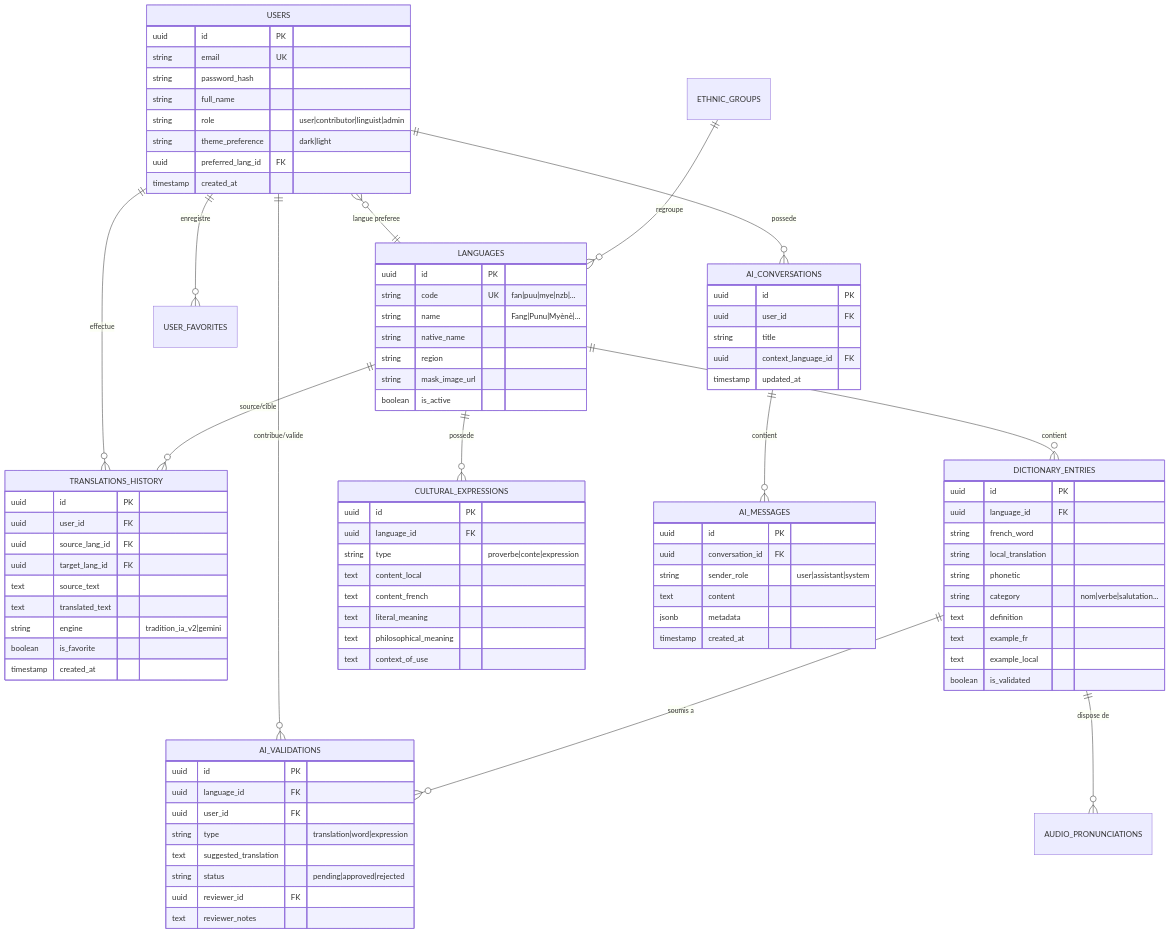
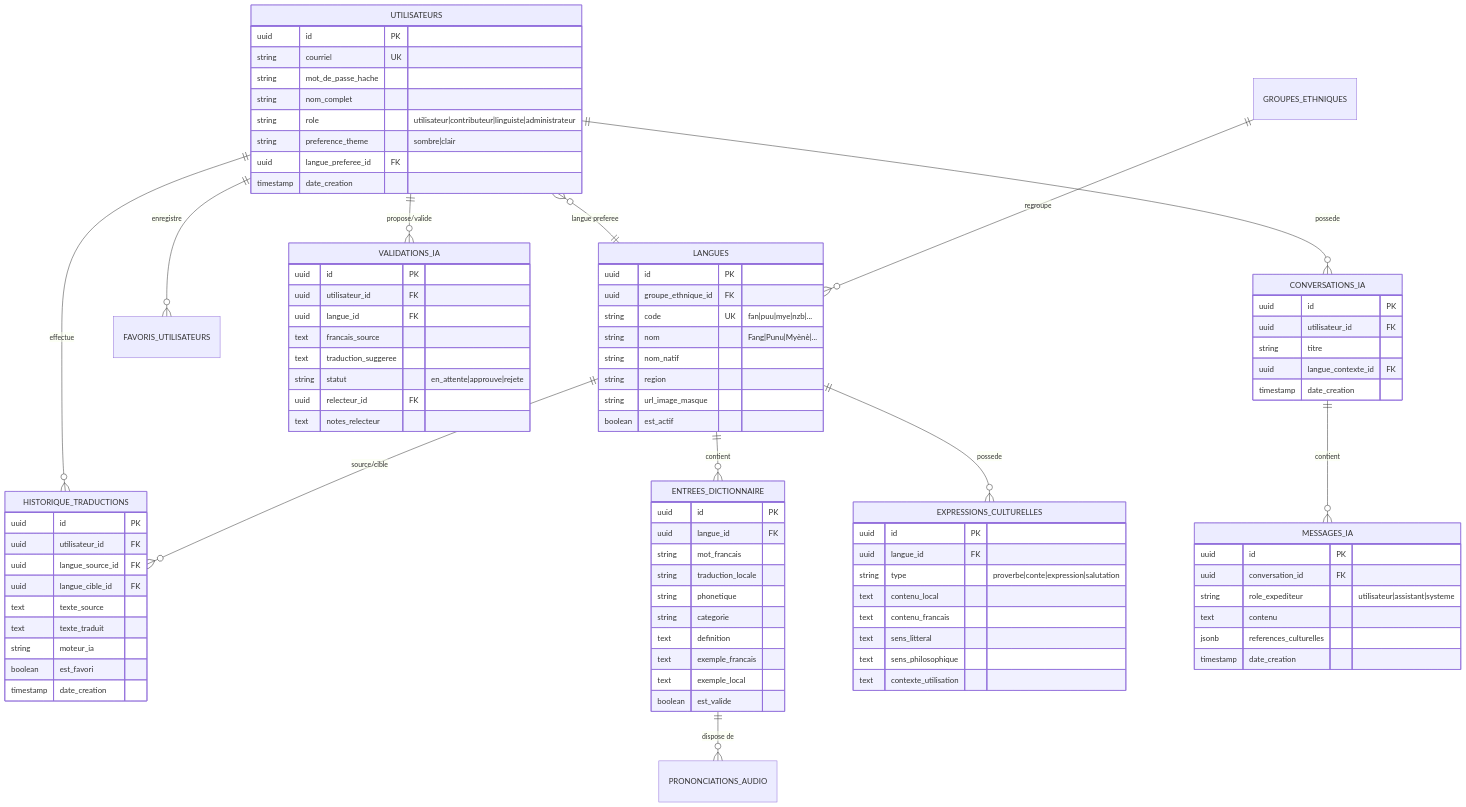
One commit to RosnyMinko07/Tradition-IA changed the diagram in DATABASE_SCHEMA.md. Above: the diagram before and after it, drawn with Mermaid. The commit also changed other lines of this file and 3 other files, not shown here.

````diff
--- a/DATABASE_SCHEMA.md
+++ b/DATABASE_SCHEMA.md
@@ -49,103 +53,103 @@
 ```mermaid
 erDiagram
-    USERS ||--o{ TRANSLATIONS_HISTORY : "effectue"
-    USERS ||--o{ AI_CONVERSATIONS : "possede"
-    USERS ||--o{ USER_FAVORITES : "enregistre"
-    USERS ||--o{ AI_VALIDATIONS : "contribue/valide"
-    USERS }o--|| LANGUAGES : "langue preferee"
+    UTILISATEURS ||--o{ HISTORIQUE_TRADUCTIONS : "effectue"
+    UTILISATEURS ||--o{ CONVERSATIONS_IA : "possede"
+    UTILISATEURS ||--o{ FAVORIS_UTILISATEURS : "enregistre"
+    UTILISATEURS ||--o{ VALIDATIONS_IA : "propose/valide"
+    UTILISATEURS }o--|| LANGUES : "langue preferee"
     
-    ETHNIC_GROUPS ||--o{ LANGUAGES : "regroupe"
-    LANGUAGES ||--o{ DICTIONARY_ENTRIES : "contient"
-    LANGUAGES ||--o{ CULTURAL_EXPRESSIONS : "possede"
-    LANGUAGES ||--o{ TRANSLATIONS_HISTORY : "source/cible"
+    GROUPES_ETHNIQUES ||--o{ LANGUES : "regroupe"
+    LANGUES ||--o{ ENTREES_DICTIONNAIRE : "contient"
+    LANGUES ||--o{ EXPRESSIONS_CULTURELLES : "possede"
+    LANGUES ||--o{ HISTORIQUE_TRADUCTIONS : "source/cible"
     
-    DICTIONARY_ENTRIES ||--o{ AUDIO_PRONUNCIATIONS : "dispose de"
-    DICTIONARY_ENTRIES ||--o{ AI_VALIDATIONS : "soumis a"
+    ENTREES_DICTIONNAIRE ||--o{ PRONONCIATIONS_AUDIO : "dispose de"
     
-    AI_CONVERSATIONS ||--o{ AI_MESSAGES : "contient"
+    CONVERSATIONS_IA ||--o{ MESSAGES_IA : "contient"
     
-    USERS {
+    UTILISATEURS {
         uuid id PK
-        string email UK
-        string password_hash
-        string full_name
-        string role "user|contributor|linguist|admin"
-        string theme_preference "dark|light"
-        uuid preferred_lang_id FK
-        timestamp created_at
+        string courriel UK
+        string mot_de_passe_hache
+        string nom_complet
+        string role "utilisateur|contributeur|linguiste|administrateur"
+        string preference_theme "sombre|clair"
+        uuid langue_preferee_id FK
+        timestamp date_creation
     }
 
-    LANGUAGES {
+    LANGUES {
         uuid id PK
+        uuid groupe_ethnique_id FK
         string code UK "fan|puu|mye|nzb|..."
-        string name "Fang|Punu|Myènè|..."
-        string native_name
+        string nom "Fang|Punu|Myènè|..."
+        string nom_natif
         string region
-        string mask_image_url
-        boolean is_active
+        string url_image_masque
+        boolean est_actif
     }
 
-    DICTIONARY_ENTRIES {
+    ENTREES_DICTIONNAIRE {
         uuid id PK
-        uuid language_id FK
-        string french_word
-        string local_translation
-        string phonetic
-        string category "nom|verbe|salutation..."
+        uuid langue_id FK
+        string mot_francais
+        string traduction_locale
+        string phonetique
+        string categorie
         text definition
-        text example_fr
-        text example_local
-        boolean is_validated
+        text exemple_francais
+        text exemple_local
+        boolean est_valide
     }
 
-    CULTURAL_EXPRESSIONS {
+    EXPRESSIONS_CULTURELLES {
         uuid id PK
-        uuid language_id FK
-        string type "proverbe|conte|expression"
-        text content_local
-        text content_french
-        text literal_meaning
-        text philosophical_meaning
-        text context_of_use
+        uuid langue_id FK
+        string type "proverbe|conte|expression|salutation"
+        text contenu_local
+        text contenu_francais
+        text sens_litteral
+        text sens_philosophique
+        text contexte_utilisation
     }
 
-    TRANSLATIONS_HISTORY {
+    HISTORIQUE_TRADUCTIONS {
         uuid id PK
-        uuid user_id FK
-        uuid source_lang_id FK
-        uuid target_lang_id FK
-        text source_text
-        text translated_text
-        string engine "tradition_ia_v2|gemini"
-        boolean is_favorite
-        timestamp created_at
+        uuid utilisateur_id FK
+        uuid langue_source_id FK
+        uuid langue_cible_id FK
+        text texte_source
+        text texte_traduit
+        string moteur_ia
+        boolean est_favori
+        timestamp date_creation
     }
 
-    AI_CONVERSATIONS {
+    CONVERSATIONS_IA {
         uuid id PK
-        uuid user_id FK
-        string title
-        uuid context_language_id FK
-        timestamp updated_at
+        uuid utilisateur_id FK
+        string titre
+        uuid langue_contexte_id FK
+        timestamp date_creation
     }
 
-    AI_MESSAGES {
+    MESSAGES_IA {
         uuid id PK
         uuid conversation_id FK
-        string sender_role "user|assistant|system"
-        text content
-        jsonb metadata
-        timestamp created_at
+        string role_expediteur "utilisateur|assistant|systeme"
+        text contenu
+        jsonb references_culturelles
+        timestamp date_creation
     }
 
-    AI_VALIDATIONS {
+    VALIDATIONS_IA {
         uuid id PK
-        uuid language_id FK
-        uuid user_id FK
-        string type "translation|word|expression"
-        text suggested_translation
-        string status "pending|approved|rejected"
-        uuid reviewer_id FK
-        text reviewer_notes
+        uuid utilisateur_id FK
+        uuid langue_id FK
+        text francais_source
+        text traduction_suggeree
+        string statut "en_attente|approuve|rejete"
+        uuid relecteur_id FK
+        text notes_relecteur
     }
 ```
````
